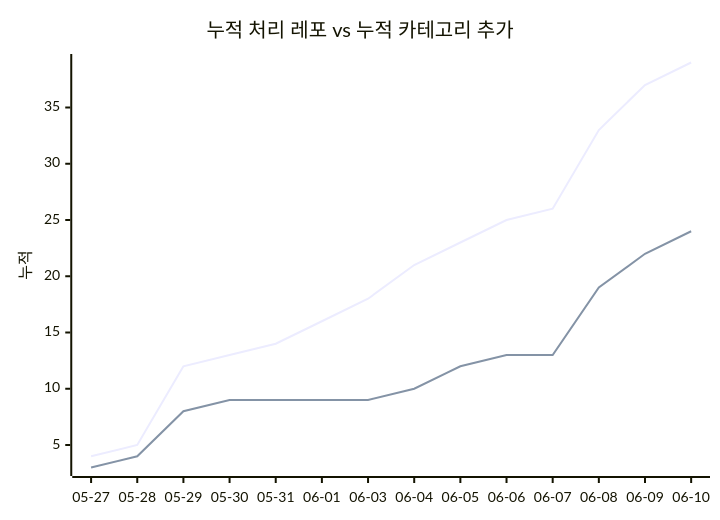
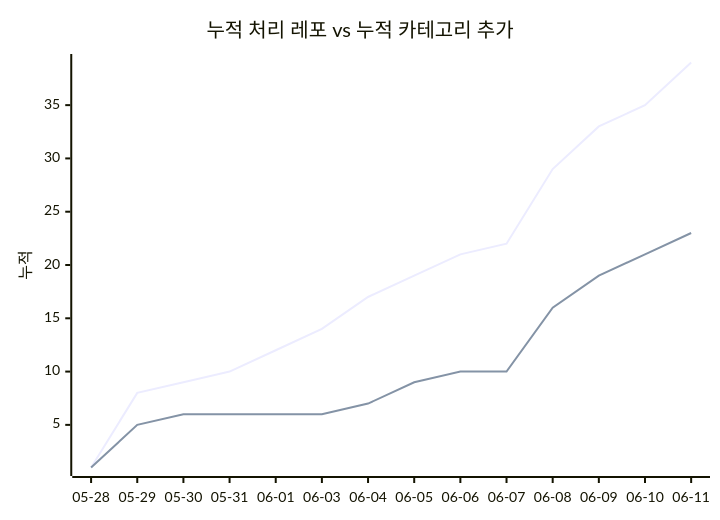
Before and after one commit to J-nowcow/awesome-korean-agent-skills: the second of 2 diagrams in docs/trends.md, drawn with Mermaid. The commit also changed other lines of this file and 5 other files, not shown here.

````diff
--- a/docs/trends.md
+++ b/docs/trends.md
@@ -68,8 +68,8 @@
 ```mermaid
 xychart-beta
     title "누적 처리 레포 vs 누적 카테고리 추가"
-    x-axis ["05-27","05-28","05-29","05-30","05-31","06-01","06-03","06-04","06-05","06-06","06-07","06-08","06-09","06-10"]
+    x-axis ["05-28","05-29","05-30","05-31","06-01","06-03","06-04","06-05","06-06","06-07","06-08","06-09","06-10","06-11"]
     y-axis "누적"
-    line [4,5,12,13,14,16,18,21,23,25,26,33,37,39]
-    line [3,4,8,9,9,9,9,10,12,13,13,19,22,24]
+    line [1,8,9,10,12,14,17,19,21,22,29,33,35,39]
+    line [1,5,6,6,6,6,7,9,10,10,16,19,21,23]
 ```
````
